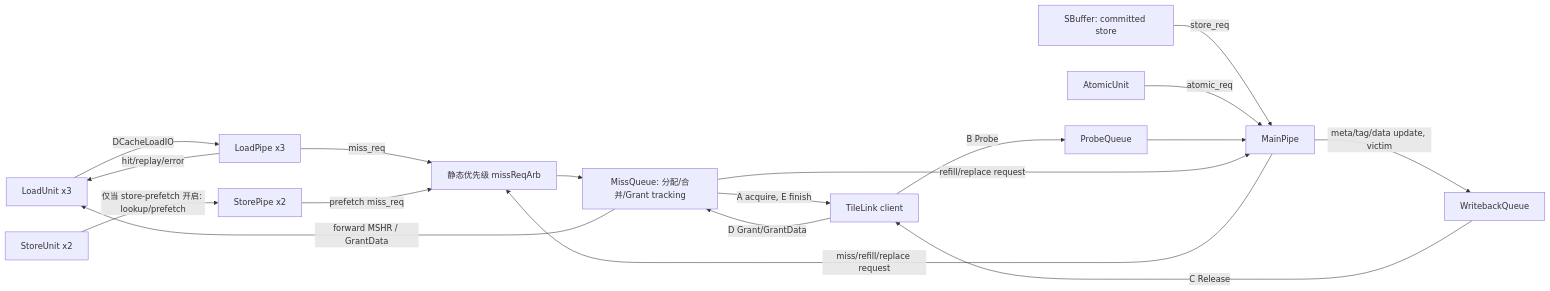
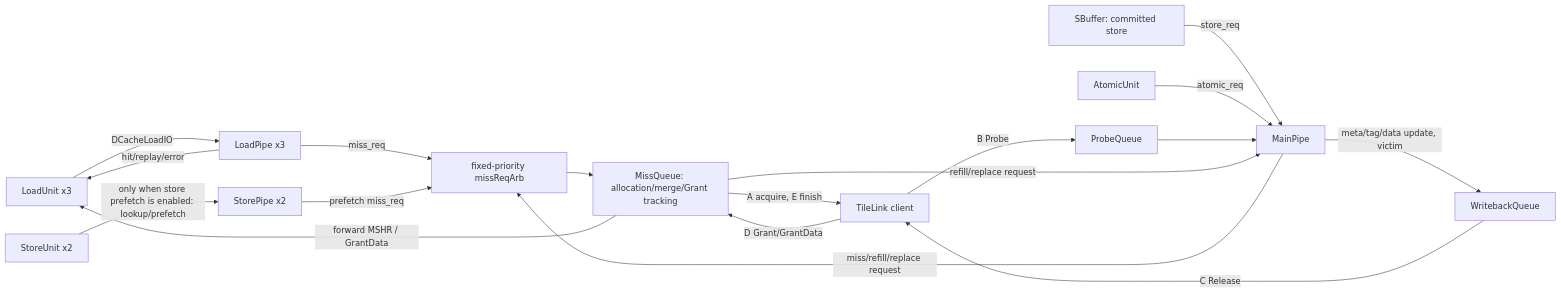
Before and after one commit to OpenXiangShan/XiangShanLab: the first of 2 diagrams in xiangshan-course/docs-en/4-xiangshan-microarchitecture-analysis/3-xiangshan-source-code-analysis/memory/LoadStore-DCache.md, drawn with Mermaid. The commit also changed other lines of this file and 176 other files, not shown here.

````diff
--- a/xiangshan-course/docs-en/4-xiangshan-microarchitecture-analysis/3-xiangshan-source-code-analysis/memory/LoadStore-DCache.md
+++ b/xiangshan-course/docs-en/4-xiangshan-microarchitecture-analysis/3-xiangshan-source-code-analysis/memory/LoadStore-DCache.md
@@ -69,20 +141,20 @@
 ```mermaid
 flowchart LR
   LDU[LoadUnit x3] -->|DCacheLoadIO| LP[LoadPipe x3]
-  STU[StoreUnit x2] -->|仅当 store-prefetch 开启: lookup/prefetch| SP[StorePipe x2]
+  STU[StoreUnit x2] -->|only when store prefetch is enabled: lookup/prefetch| SP[StorePipe x2]
   SB[SBuffer: committed store] -->|store_req| MP[MainPipe]
   AMO[AtomicUnit] -->|atomic_req| MP
-  LP -->|miss_req| MRA[静态优先级 missReqArb]
+  LP -->|miss_req| MRA[fixed-priority missReqArb]
   SP -->|prefetch miss_req| MRA
   MP -->|miss/refill/replace request| MRA
-  MRA --> MQ[MissQueue: 分配/合并/Grant tracking]
+  MRA --> MQ[MissQueue: allocation/merge/Grant tracking]
   MQ -->|A acquire, E finish| TL[TileLink client]
   TL -->|D Grant/GrantData| MQ
   TL -->|B Probe| PQ[ProbeQueue]
   PQ --> MP
   MQ -->|refill/replace request| MP
   MP -->|meta/tag/data update, victim| WBQ[WritebackQueue]
   WBQ -->|C Release| TL
   LP -->|hit/replay/error| LDU
   MQ -->|forward MSHR / GrantData| LDU
 ```
````
